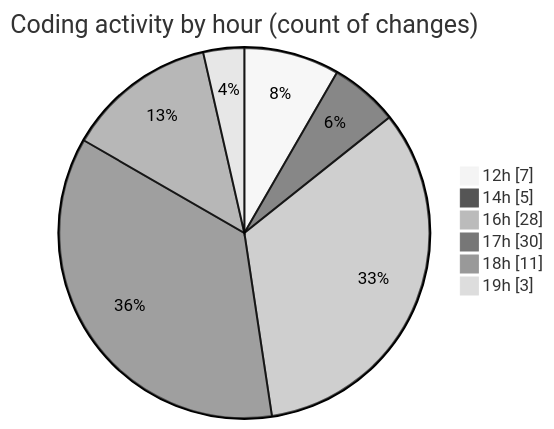
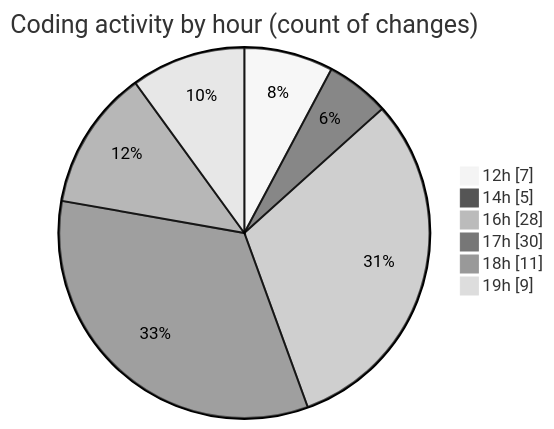
One commit to julien-gomy/code-tracking changed the second of 2 diagrams in 2025-10-06/eventscop-frontend-guide__workspace_/README.md. Above: the diagram before and after it, drawn with Mermaid (neutral theme). The commit also changed other lines of this file and 1 other file, not shown here.

````diff
--- a/2025-10-06/eventscop-frontend-guide__workspace_/README.md
+++ b/2025-10-06/eventscop-frontend-guide__workspace_/README.md
@@ -59,10 +60,10 @@
 ```mermaid
 pie showData
 title Coding activity by hour (count of changes)
 "12h" : 7
 "14h" : 5
 "16h" : 28
 "17h" : 30
 "18h" : 11
-"19h" : 3
+"19h" : 9
 ```
````
